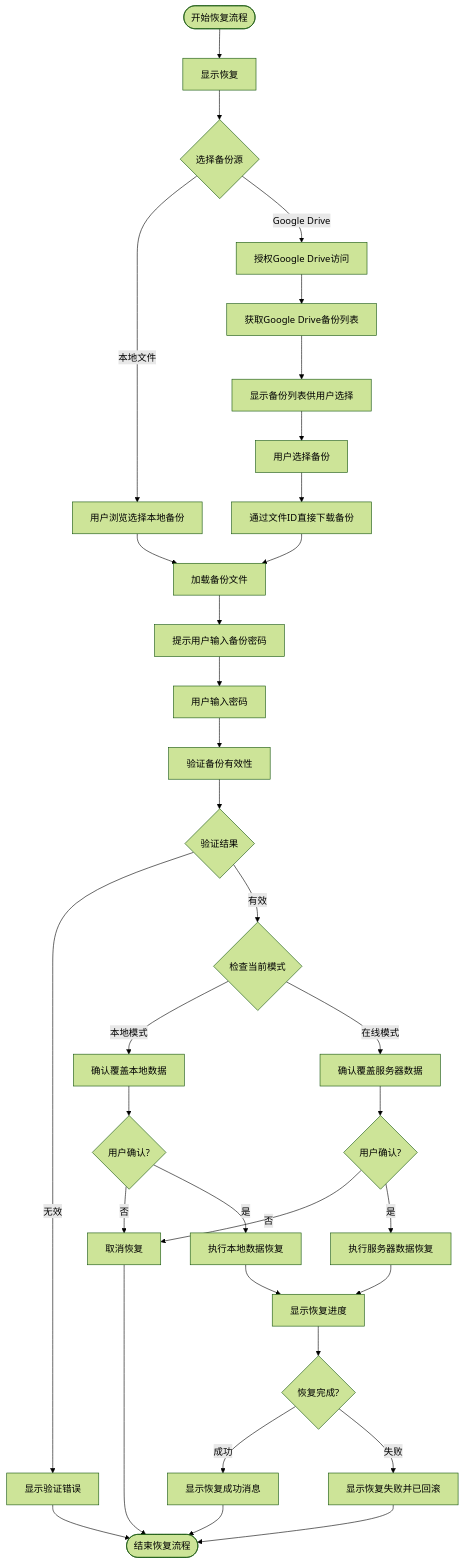
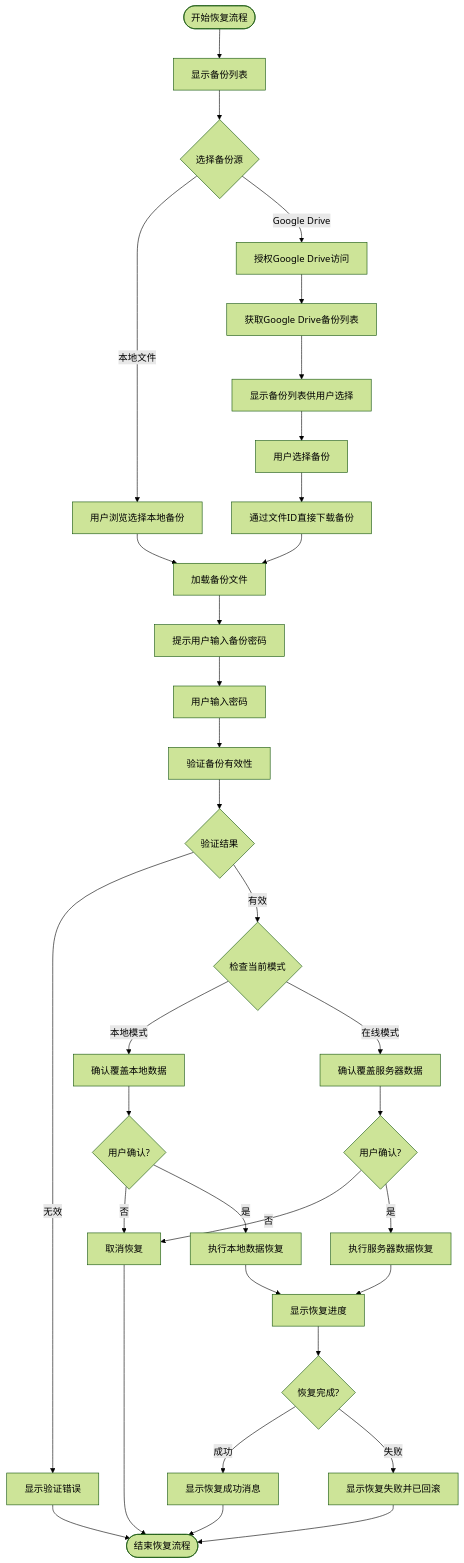
The diagram in all/未命名-53.md (yingjianzh/iodraw-files), drawn with Mermaid (forest theme) before and after one commit.

Commit message:
2025-05-09 16:24:43 update

````diff
--- a/all/未命名-53.md
+++ b/all/未命名-53.md
@@ -1,47 +1,47 @@
 ```mermaid
 flowchart TD
-    Start([开始恢复流程]) --> ShowRestoreDialog[显示恢复]
+    Start([开始恢复流程]) --> ShowRestoreDialog[显示备份列表]
     ShowRestoreDialog --> SelectSource{选择备份源}
     
     SelectSource -->|本地文件| BrowseLocalFile[用户浏览选择本地备份]
     SelectSource -->|Google Drive| AuthGDrive[授权Google Drive访问]
     
     BrowseLocalFile --> LoadBackupFile[加载备份文件]
     
     AuthGDrive --> FetchBackupList[获取Google Drive备份列表]
     FetchBackupList --> DisplayBackupsList[显示备份列表供用户选择]
     DisplayBackupsList --> UserSelectsBackup[用户选择备份]
     UserSelectsBackup --> DownloadGDriveBackup[通过文件ID直接下载备份]
     DownloadGDriveBackup --> LoadBackupFile
     
     LoadBackupFile --> PromptPassword[提示用户输入备份密码]
     PromptPassword --> UserEntersPassword[用户输入密码]
     UserEntersPassword --> ValidateBackup[验证备份有效性]
     
     ValidateBackup --> ValidationResult{验证结果}
     ValidationResult -->|无效| ShowValidationError[显示验证错误]
     ValidationResult -->|有效| CheckCurrentMode{检查当前模式}
     
     CheckCurrentMode -->|本地模式| ConfirmLocalRestore[确认覆盖本地数据]
     CheckCurrentMode -->|在线模式| ConfirmServerRestore[确认覆盖服务器数据]
     
     ConfirmLocalRestore --> UserConfirm1{用户确认?}
     UserConfirm1 -->|否| CancelRestore[取消恢复]
     UserConfirm1 -->|是| ExecuteLocalRestore[执行本地数据恢复]
     
     ConfirmServerRestore --> UserConfirm2{用户确认?}
     UserConfirm2 -->|否| CancelRestore
     UserConfirm2 -->|是| ExecuteServerRestore[执行服务器数据恢复]
     
     ExecuteLocalRestore --> ShowProgress[显示恢复进度]
     ExecuteServerRestore --> ShowProgress
     
     ShowProgress --> RestoreComplete{恢复完成?}
     RestoreComplete -->|成功| ShowSuccess[显示恢复成功消息]
     RestoreComplete -->|失败| ShowFailure[显示恢复失败并已回滚]
     
     ShowSuccess --> End([结束恢复流程])
     ShowFailure --> End
     ShowValidationError --> End
     CancelRestore --> End
 ```
````
